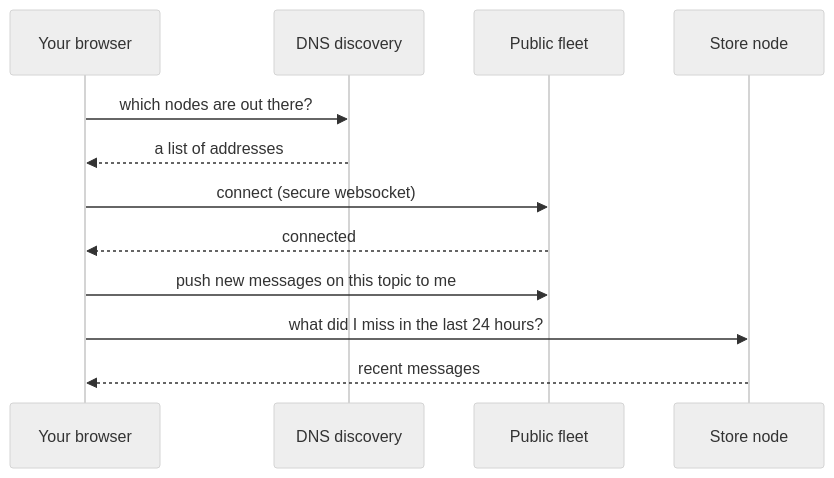
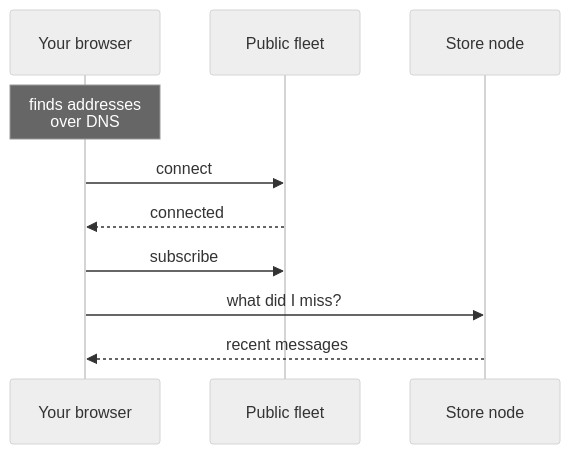
Before and after one commit to logos-co/logos-web: the second of 3 diagrams in apps/logos-demos/src/demos/messaging/how-it-works.md, drawn with Mermaid (neutral theme). The commit also changed other lines of this file and 3 other files, not shown here.

First line of the commit message:
fix(logos-demos): make the explainer diagrams readable

````diff
--- a/apps/logos-demos/src/demos/messaging/how-it-works.md
+++ b/apps/logos-demos/src/demos/messaging/how-it-works.md
@@ -29,15 +29,13 @@
 ```mermaid
 sequenceDiagram
   participant B as Your browser
-  participant D as DNS discovery
   participant P as Public fleet
   participant S as Store node
 
-  B->>D: which nodes are out there?
-  D-->>B: a list of addresses
-  B->>P: connect (secure websocket)
+  Note over B: finds addresses<br/>over DNS
+  B->>P: connect
   P-->>B: connected
-  B->>P: push new messages on this topic to me
-  B->>S: what did I miss in the last 24 hours?
+  B->>P: subscribe
+  B->>S: what did I miss?
   S-->>B: recent messages
 ```
````
